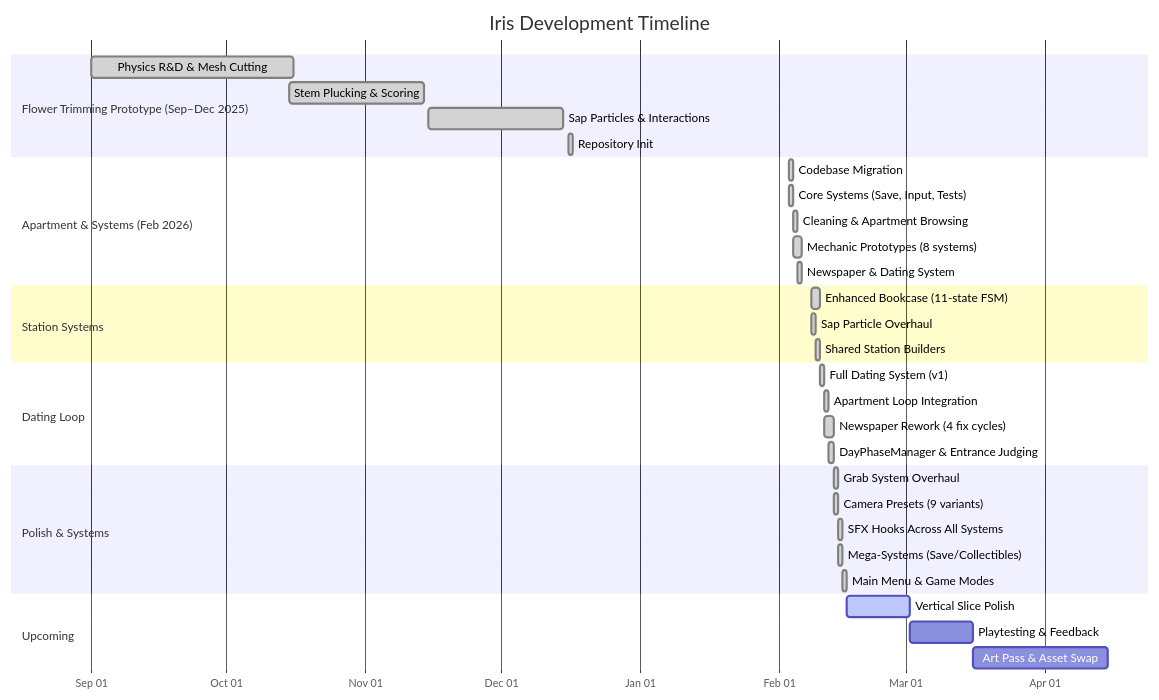
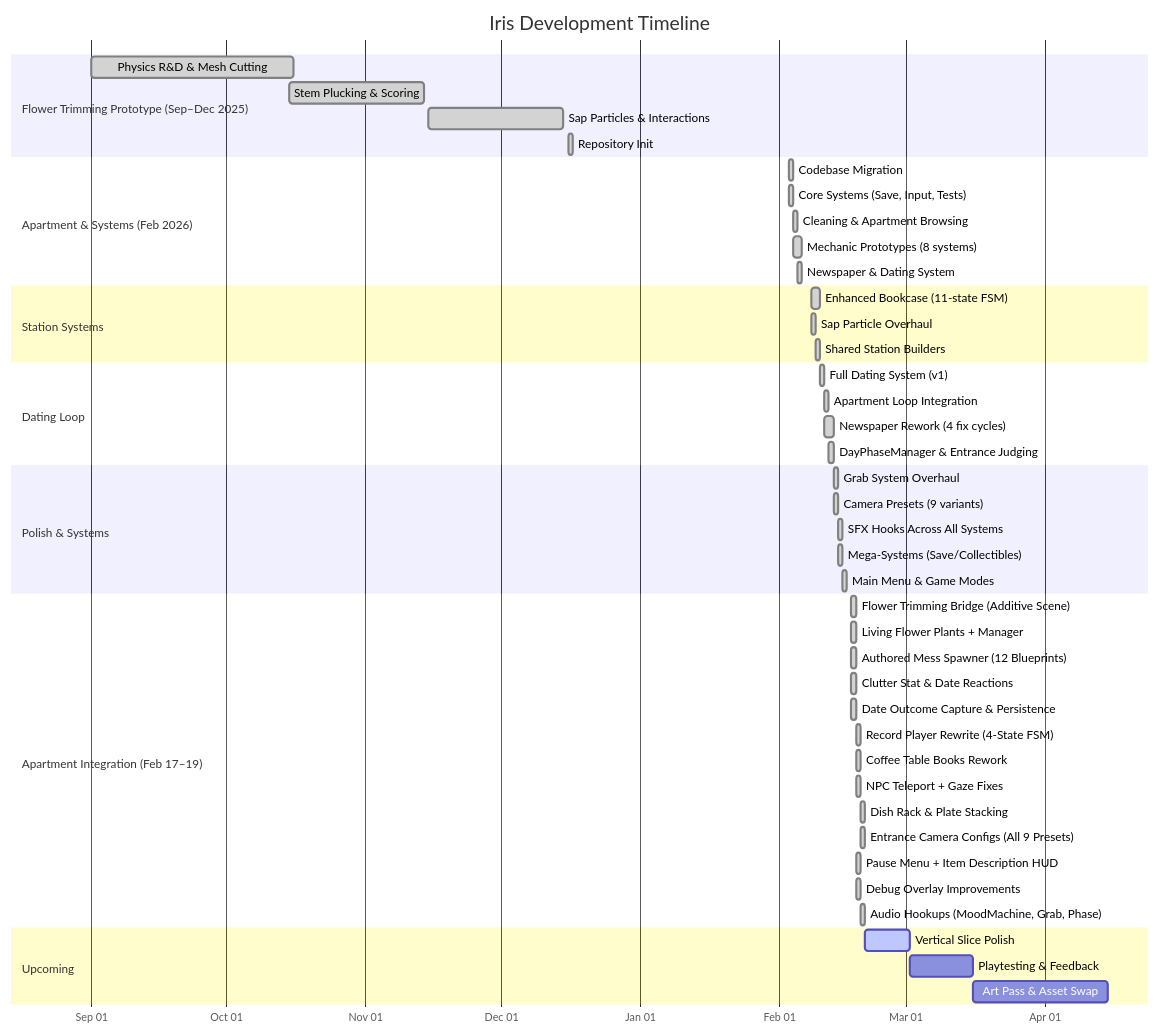
Before and after one commit to MartyChouette/iris_v3.0: the second of 30 diagrams in docs/IRIS_REPORT.md, drawn with Mermaid. The commit also changed other lines of this file and 1 other file, not shown here.

Commit message:
update docs with audio hookup session and follow-up work items

````diff
--- a/docs/IRIS_REPORT.md
+++ b/docs/IRIS_REPORT.md
@@ -64,42 +68,57 @@
 ```mermaid
 gantt
     title Iris Development Timeline
     dateFormat YYYY-MM-DD
     axisFormat %b %d
 
     section Flower Trimming Prototype (Sep–Dec 2025)
     Physics R&D & Mesh Cutting         :done, proto1, 2025-09-01, 45d
     Stem Plucking & Scoring            :done, proto2, 2025-10-15, 30d
     Sap Particles & Interactions       :done, proto3, 2025-11-15, 30d
     Repository Init                    :done, 2025-12-16, 1d
 
     section Apartment & Systems (Feb 2026)
     Codebase Migration                 :done, 2026-02-03, 1d
     Core Systems (Save, Input, Tests)  :done, core1, 2026-02-03, 1d
     Cleaning & Apartment Browsing      :done, core2, 2026-02-04, 1d
     Mechanic Prototypes (8 systems)    :done, mech1, 2026-02-04, 2d
     Newspaper & Dating System          :done, mech2, 2026-02-05, 1d
 
     section Station Systems
     Enhanced Bookcase (11-state FSM)   :done, sta1, 2026-02-08, 2d
     Sap Particle Overhaul              :done, sta2, 2026-02-08, 1d
     Shared Station Builders            :done, sta3, 2026-02-09, 1d
 
     section Dating Loop
     Full Dating System (v1)            :done, date1, 2026-02-10, 1d
     Apartment Loop Integration         :done, date2, 2026-02-11, 1d
     Newspaper Rework (4 fix cycles)    :done, date3, 2026-02-11, 2d
     DayPhaseManager & Entrance Judging :done, date4, 2026-02-12, 1d
 
     section Polish & Systems
     Grab System Overhaul               :done, pol1, 2026-02-13, 1d
     Camera Presets (9 variants)        :done, pol2, 2026-02-13, 1d
     SFX Hooks Across All Systems       :done, pol3, 2026-02-14, 1d
     Mega-Systems (Save/Collectibles)   :done, pol4, 2026-02-14, 1d
     Main Menu & Game Modes             :done, pol5, 2026-02-15, 1d
 
+    section Apartment Integration (Feb 17–19)
+    Flower Trimming Bridge (Additive Scene)  :done, int1, 2026-02-17, 1d
+    Living Flower Plants + Manager           :done, int2, 2026-02-17, 1d
+    Authored Mess Spawner (12 Blueprints)    :done, int3, 2026-02-17, 1d
+    Clutter Stat & Date Reactions            :done, int4, 2026-02-17, 1d
+    Date Outcome Capture & Persistence       :done, int5, 2026-02-17, 1d
+    Record Player Rewrite (4-State FSM)      :done, int6, 2026-02-18, 1d
+    Coffee Table Books Rework                :done, int7, 2026-02-18, 1d
+    NPC Teleport + Gaze Fixes                :done, int8, 2026-02-18, 1d
+    Dish Rack & Plate Stacking               :done, int9, 2026-02-19, 1d
+    Entrance Camera Configs (All 9 Presets)  :done, int10, 2026-02-19, 1d
+    Pause Menu + Item Description HUD        :done, int11, 2026-02-18, 1d
+    Debug Overlay Improvements               :done, int12, 2026-02-18, 1d
+    Audio Hookups (MoodMachine, Grab, Phase) :done, int13, 2026-02-19, 1d
+
     section Upcoming
-    Vertical Slice Polish              :active, vs1, 2026-02-16, 14d
+    Vertical Slice Polish              :active, vs1, 2026-02-20, 10d
     Playtesting & Feedback             :        pt1, after vs1, 14d
     Art Pass & Asset Swap              :        art1, after pt1, 30d
 ```
````
